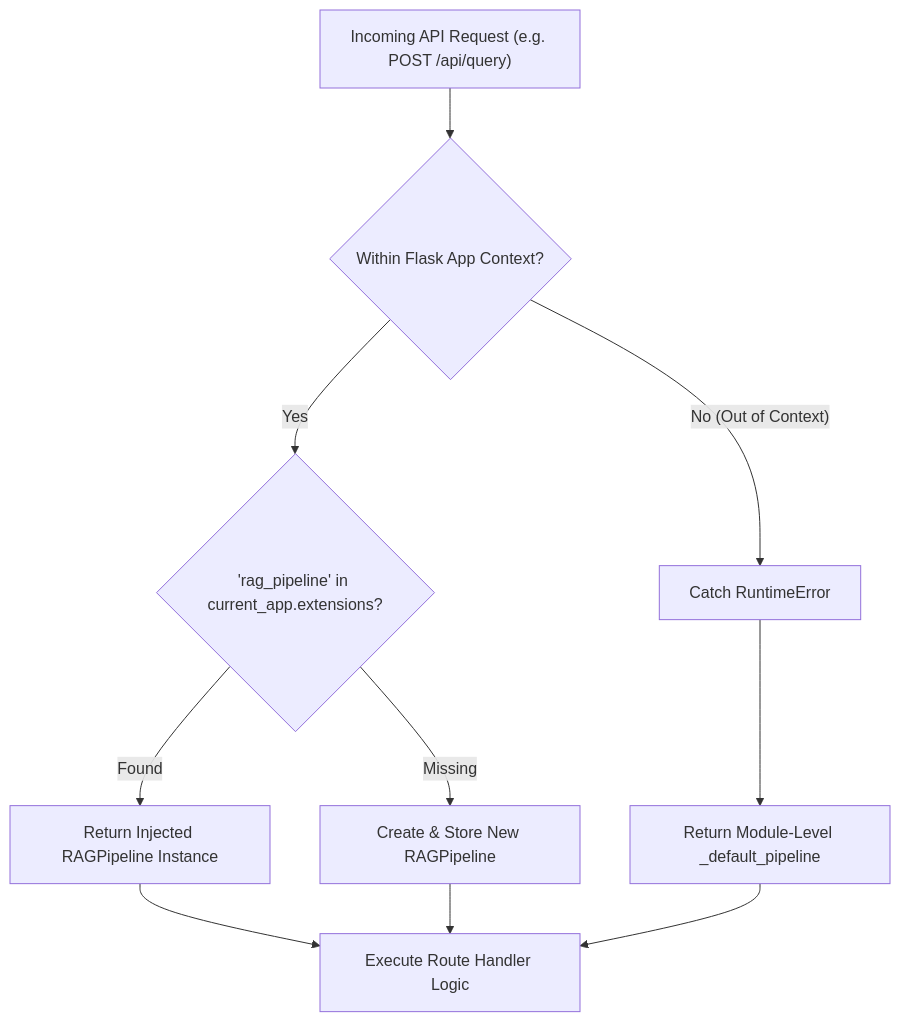
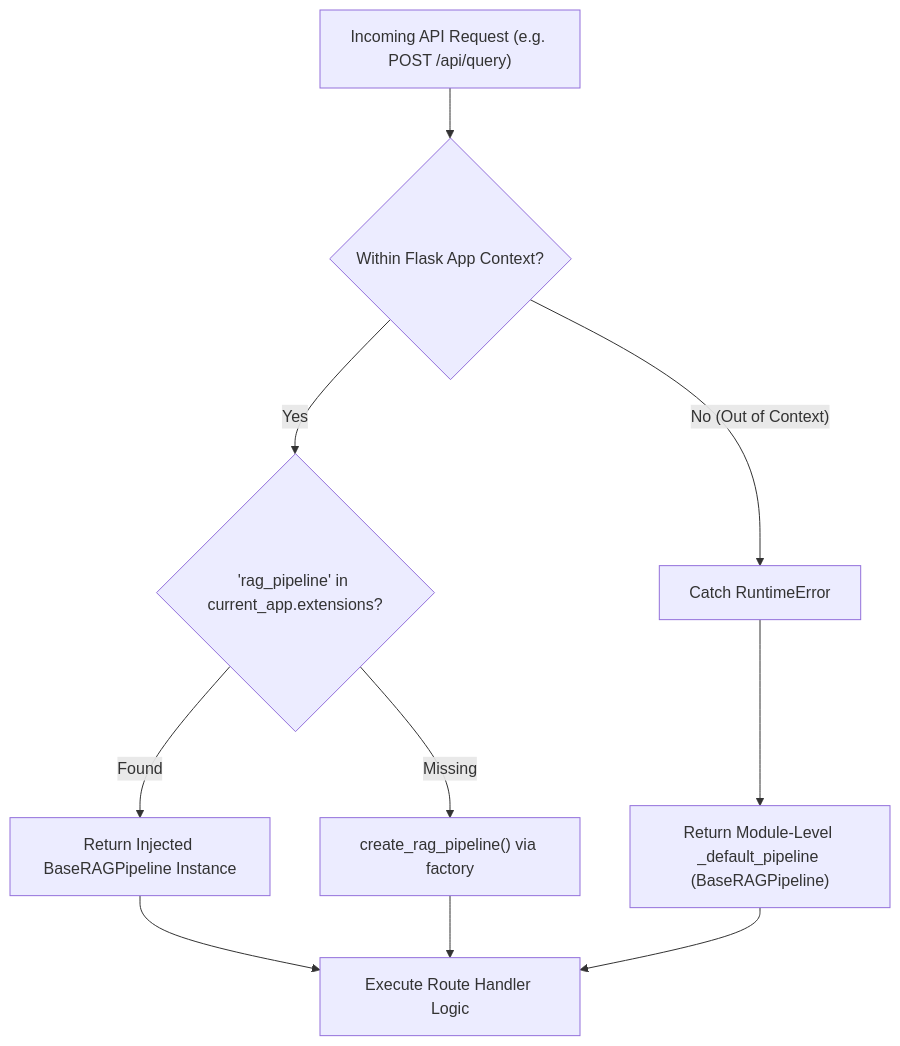
The second of 3 diagrams in docs/v0.2.0/core_functionalities/07_api_web_interface_and_event_streaming.md (Kaynup/orpheus), drawn with Mermaid before and after one commit. The commit also changed other lines of this file and 18 other files, not shown here.

Commit message:
feat(pipeline): modularize RAG pipeline into abstract base protocols and sub-pipelines

````diff
--- a/docs/v0.2.0/core_functionalities/07_api_web_interface_and_event_streaming.md
+++ b/docs/v0.2.0/core_functionalities/07_api_web_interface_and_event_streaming.md
@@ -93,15 +101,15 @@
 ```mermaid
 flowchart TD
     Req["Incoming API Request (e.g. POST /api/query)"] --> ContextCheck{"Within Flask App Context?"}
     
     ContextCheck -- "Yes" --> CheckExt{"'rag_pipeline' in current_app.extensions?"}
-    CheckExt -- "Found" --> InjectedInstance["Return Injected RAGPipeline Instance"]
-    CheckExt -- "Missing" --> FallbackCreate["Create & Store New RAGPipeline"]
+    CheckExt -- "Found" --> InjectedInstance["Return Injected BaseRAGPipeline Instance"]
+    CheckExt -- "Missing" --> FallbackCreate["create_rag_pipeline() via factory"]
     
     ContextCheck -- "No (Out of Context)" --> CatchRuntime["Catch RuntimeError"]
-    CatchRuntime --> ModuleSingleton["Return Module-Level _default_pipeline"]
+    CatchRuntime --> ModuleSingleton["Return Module-Level _default_pipeline (BaseRAGPipeline)"]
 
     InjectedInstance --> ExecuteRoute["Execute Route Handler Logic"]
     FallbackCreate --> ExecuteRoute
     ModuleSingleton --> ExecuteRoute
 ```
````
